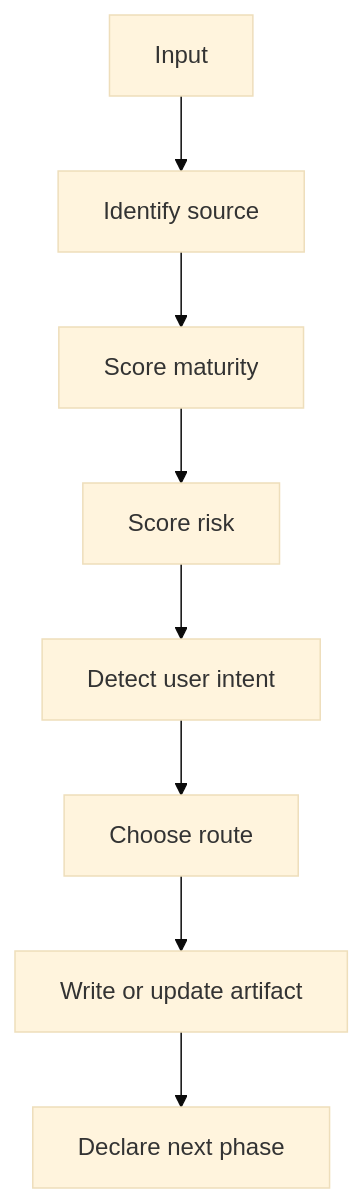
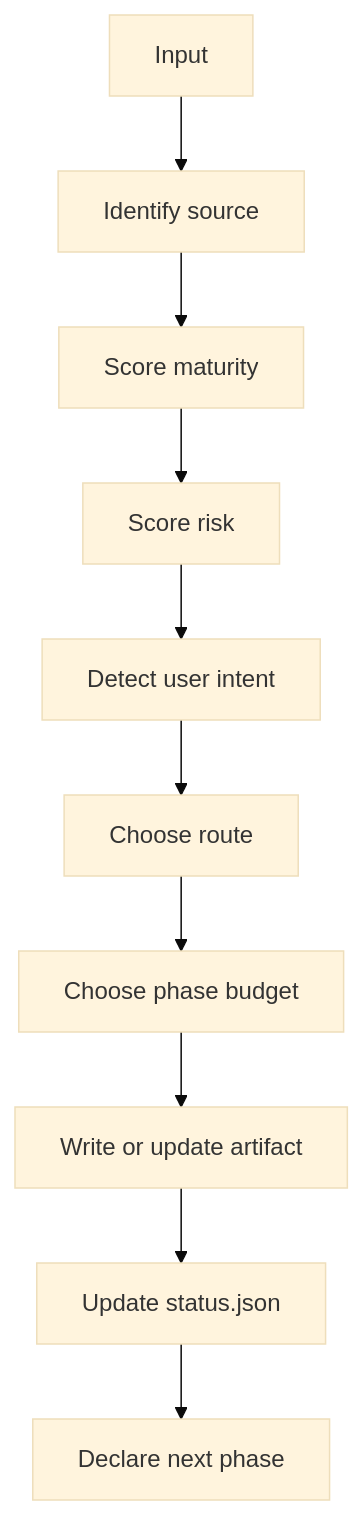
Before and after one commit to nmarcofernandess/superflow: the first of 3 diagrams in plugins/superflow/assets/references/routing-protocol.md, drawn with Mermaid (base theme). The commit also changed other lines of this file and 39 other files, not shown here.

Commit message:
Superflow: tighten PRD/Build/Plan contracts, mermaid-only docs

````diff
--- a/plugins/superflow/assets/references/routing-protocol.md
+++ b/plugins/superflow/assets/references/routing-protocol.md
@@ -9,10 +9,12 @@
 ```mermaid
 flowchart TD
   input["Input"] --> source["Identify source"]
   source --> maturity["Score maturity"]
   maturity --> risk["Score risk"]
   risk --> intent["Detect user intent"]
   intent --> route["Choose route"]
-  route --> artifact["Write or update artifact"]
-  artifact --> next["Declare next phase"]
+  route --> budget["Choose phase budget"]
+  budget --> artifact["Write or update artifact"]
+  artifact --> status["Update status.json"]
+  status --> next["Declare next phase"]
 ```
````
